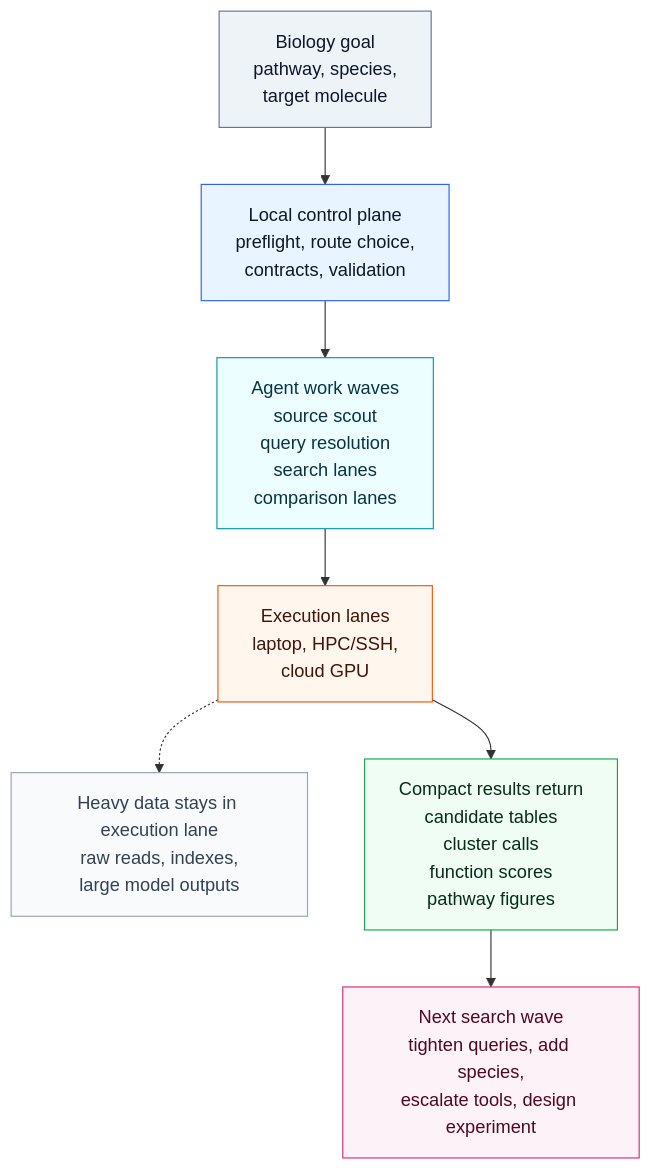
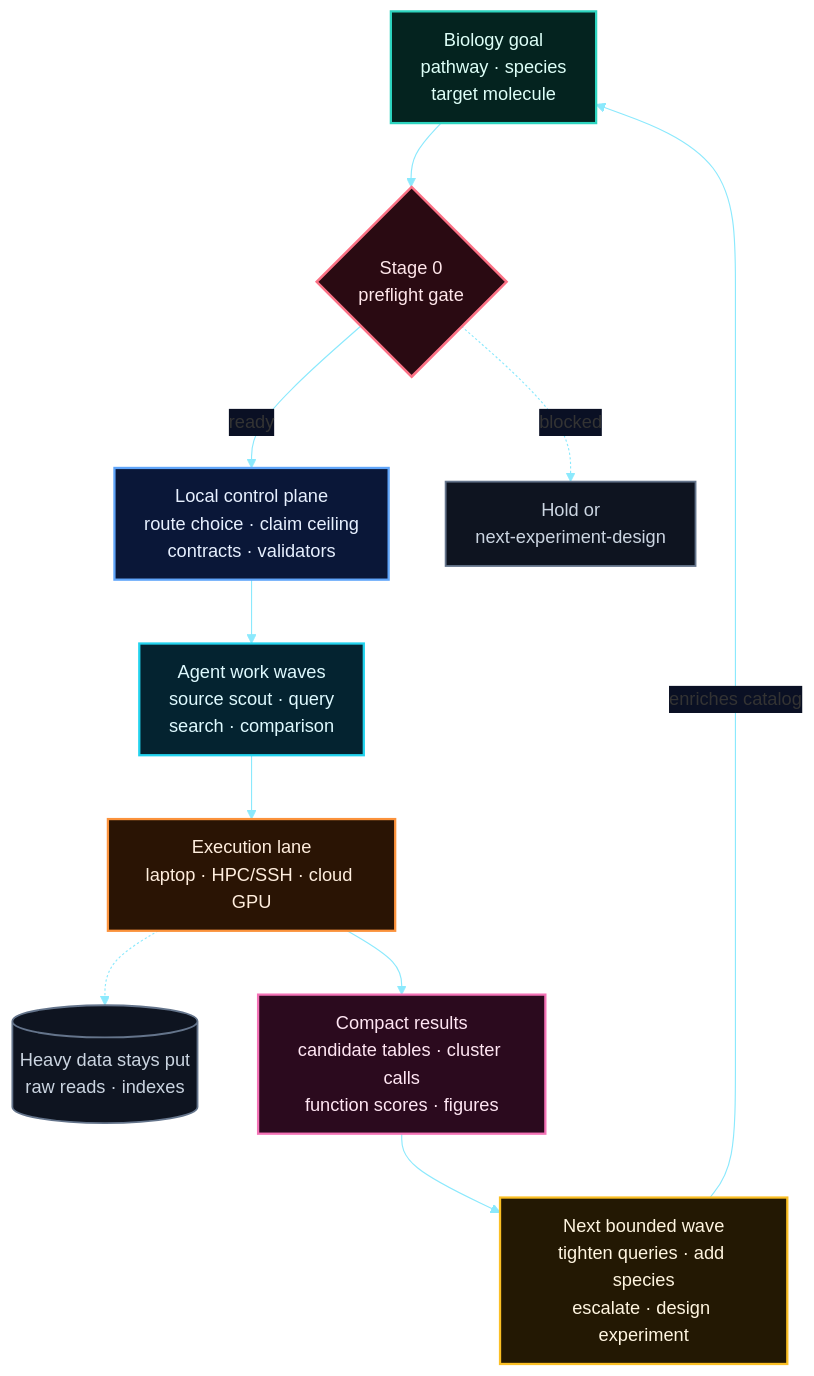
The diagram in docs/diagrams/biosymphony-genecluster-architecture.mmd (BioSymphony/genecluster), drawn with Mermaid before and after one commit. The commit also changed 30 other files, not shown here.

First line of the commit message:
Redesign docs diagrams in synth-lab style; add six new diagrams

```diff
--- a/docs/diagrams/biosymphony-genecluster-architecture.mmd
+++ b/docs/diagrams/biosymphony-genecluster-architecture.mmd
@@ -1,31 +1,26 @@
+%%{init: {"theme":"base","themeVariables":{"lineColor":"#8be9fd","fontSize":"16px","edgeLabelBackground":"#0a1024"},"flowchart":{"htmlLabels":true,"useMaxWidth":true,"diagramPadding":24,"padding":13,"nodeSpacing":50,"rankSpacing":56}}}%%
 flowchart TB
-  Goal["Biology goal<br/>pathway, species,<br/>target molecule"]
-  Local["Local control plane<br/>preflight, route choice,<br/>contracts, validation"]
-  Work["Agent work waves<br/>source scout<br/>query resolution<br/>search lanes<br/>comparison lanes"]
-  Execute["Execution lanes<br/>laptop, HPC/SSH,<br/>cloud GPU"]
-  Heavy["Heavy data stays in execution lane<br/>raw reads, indexes,<br/>large model outputs"]
-  Results["Compact results return<br/>candidate tables<br/>cluster calls<br/>function scores<br/>pathway figures"]
-  Next["Next search wave<br/>tighten queries, add species,<br/>escalate tools, design experiment"]
-
-  Goal --> Local
-  Local --> Work
-  Work --> Execute
-  Execute --> Results
+  Goal["Biology goal<br/>pathway · species<br/>target molecule"]:::source
+  S0{"Stage 0<br/>preflight gate"}:::gate
+  Local["Local control plane<br/>route choice · claim ceiling<br/>contracts · validators"]:::context
+  Work["Agent work waves<br/>source scout · query<br/>search · comparison"]:::search
+  Execute["Execution lane<br/>laptop · HPC/SSH · cloud GPU"]:::function
+  Heavy[("Heavy data stays put<br/>raw reads · indexes")]:::heavy
+  Results["Compact results<br/>candidate tables · cluster calls<br/>function scores · figures"]:::output
+  Next["Next bounded wave<br/>tighten queries · add species<br/>escalate · design experiment"]:::query
+  Stop["Hold or<br/>next-experiment-design"]:::heavy
+  Goal --> S0
+  S0 -->|ready| Local
+  S0 -.->|blocked| Stop
+  Local --> Work --> Execute --> Results --> Next
   Execute -.-> Heavy
-  Results --> Next
-
-  classDef goal fill:#eef3f8,stroke:#64748b,color:#0f172a;
-  classDef local fill:#e8f4ff,stroke:#2563eb,color:#0f172a;
-  classDef waves fill:#ecfeff,stroke:#0891b2,color:#083344;
-  classDef lanes fill:#fff7ed,stroke:#ea580c,color:#431407;
-  classDef results fill:#f0fdf4,stroke:#16a34a,color:#052e16;
-  classDef next fill:#fdf2f8,stroke:#db2777,color:#500724;
-  classDef heavy fill:#f8fafc,stroke:#94a3b8,color:#334155;
-
-  class Goal goal;
-  class Local local;
-  class Work waves;
-  class Execute lanes;
-  class Results results;
-  class Next next;
-  class Heavy heavy;
+  Next -->|enriches catalog| Goal
+  classDef source fill:#04231f,stroke:#2dd4bf,color:#defff8,stroke-width:2px;
+  classDef query fill:#231803,stroke:#fbbf24,color:#fff5e0,stroke-width:2px;
+  classDef search fill:#042330,stroke:#22d3ee,color:#dffaff,stroke-width:2px;
+  classDef context fill:#0a1738,stroke:#60a5fa,color:#e7f0ff,stroke-width:2px;
+  classDef compare fill:#190f30,stroke:#c084fc,color:#f4ecff,stroke-width:2px;
+  classDef function fill:#2a1404,stroke:#fb923c,color:#ffeede,stroke-width:2px;
+  classDef output fill:#2b0a1e,stroke:#f472b6,color:#ffe6f3,stroke-width:2px;
+  classDef gate fill:#2a0a12,stroke:#fb7185,color:#ffe6ea,stroke-width:2.2px;
+  classDef heavy fill:#0e1420,stroke:#64748b,color:#cbd5e1,stroke-width:1.6px;
```
